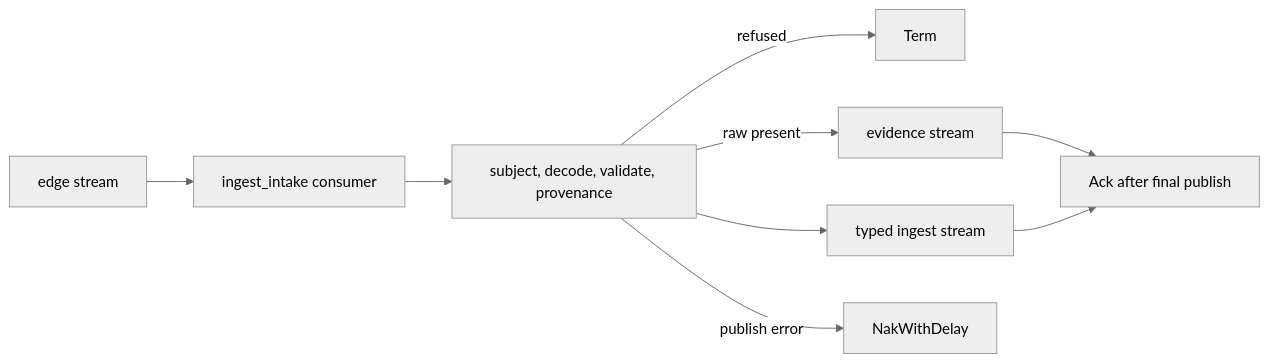
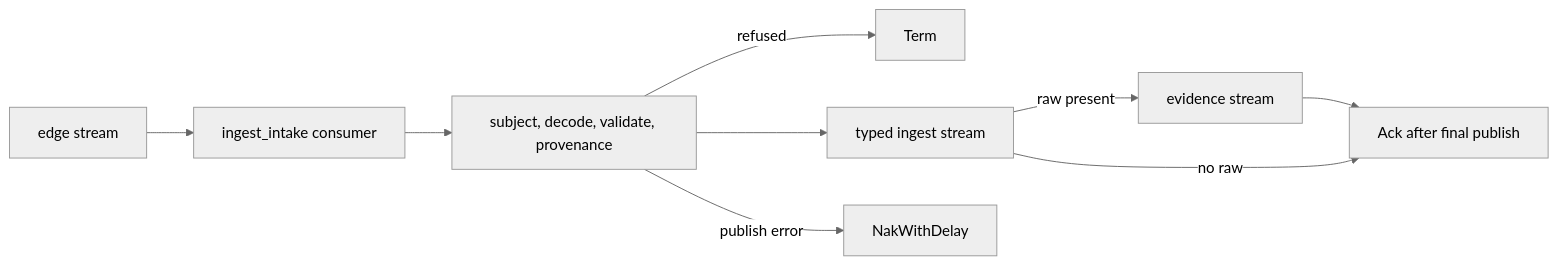
One commit to Aledantee/FlowSeer changed the diagram in src/services/device/internal/intake/README.md. Above: the diagram before and after it, drawn with Mermaid (neutral theme). The commit also changed other lines of this file and 2 other files, not shown here.

````diff
--- a/src/services/device/internal/intake/README.md
+++ b/src/services/device/internal/intake/README.md
@@ -24,11 +24,11 @@
 ```mermaid
 flowchart LR
     E[edge stream] --> C[ingest_intake consumer]
     C --> V[subject, decode, validate, provenance]
     V -- refused --> T[Term]
-    V -- raw present --> R[evidence stream]
     V --> I[typed ingest stream]
+    I -- raw present --> R[evidence stream]
     R --> A[Ack after final publish]
-    I --> A
+    I -- no raw --> A
     V -- publish error --> N[NakWithDelay]
 ```
````
